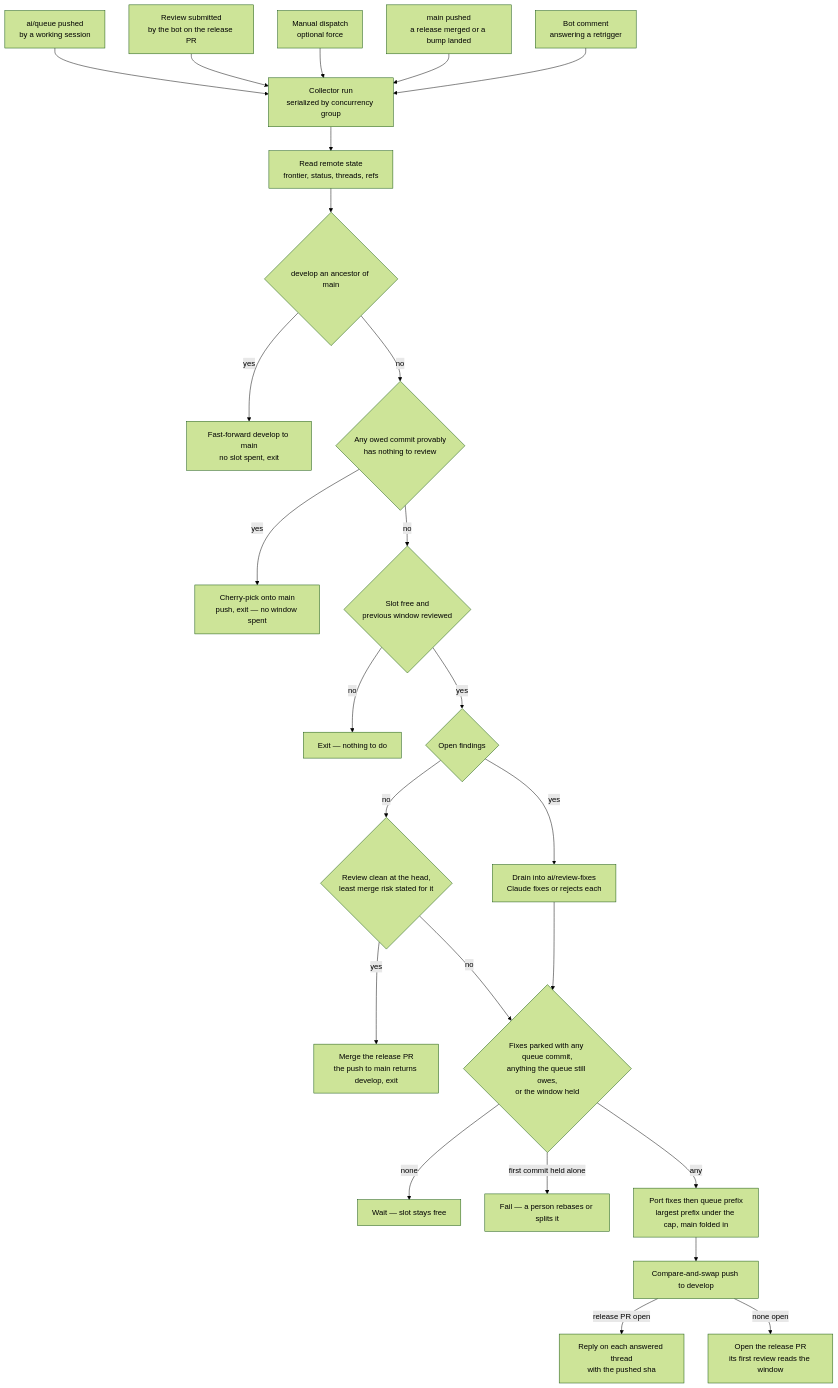
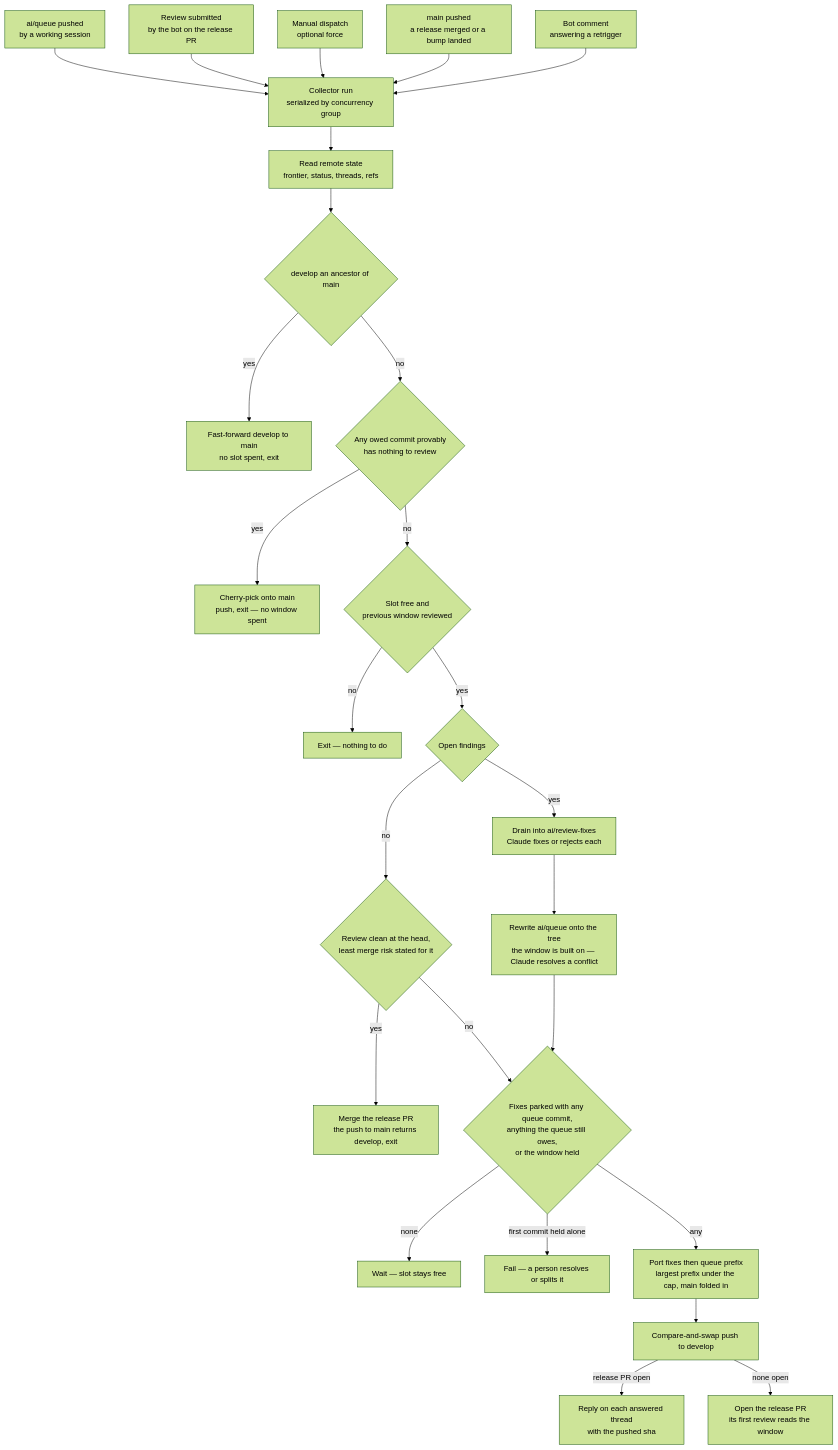
One commit to Esposter/Esposter changed the diagram in apps/web/content/docs/infra/review-collector/index.md. Above: the diagram before and after it, drawn with Mermaid (forest theme). The commit also changed other lines of this file and 30 other files, not shown here.

````diff
--- a/apps/web/content/docs/infra/review-collector/index.md
+++ b/apps/web/content/docs/infra/review-collector/index.md
@@ -26,27 +26,28 @@
 ```mermaid
 flowchart TD
   A[ai/queue pushed<br/>by a working session] --> C
   F[Review submitted<br/>by the bot on the release PR] --> C
   D[Manual dispatch<br/>optional force] --> C
   MN[main pushed<br/>a release merged or a bump landed] --> C
   CM[Bot comment<br/>answering a retrigger] --> C
   C[Collector run<br/>serialized by concurrency group] --> R[Read remote state<br/>frontier, status, threads, refs]
   R --> RS{develop an ancestor of main}
   RS -->|yes| FF[Fast-forward develop to main<br/>no slot spent, exit]
   RS -->|no| E{Any owed commit provably<br/>has nothing to review}
   E -->|yes| EX[Cherry-pick onto main<br/>push, exit — no window spent]
   E -->|no| G{Slot free and<br/>previous window reviewed}
   G -->|no| X[Exit — nothing to do]
   G -->|yes| O{Open findings}
   O -->|yes| DR[Drain into ai/review-fixes<br/>Claude fixes or rejects each]
   O -->|no| CL{Review clean at the head,<br/>least merge risk stated for it}
   CL -->|yes| MG[Merge the release PR<br/>the push to main returns develop, exit]
   CL -->|no| P
-  DR --> P{Fixes parked with any queue commit,<br/>anything the queue still owes,<br/>or the window held}
+  DR --> SY[Rewrite ai/queue onto the tree<br/>the window is built on — Claude resolves a conflict]
+  SY --> P{Fixes parked with any queue commit,<br/>anything the queue still owes,<br/>or the window held}
   P -->|none| PK[Wait — slot stays free]
-  P -->|first commit held alone| FL[Fail — a person rebases or splits it]
+  P -->|first commit held alone| FL[Fail — a person resolves or splits it]
   P -->|any| W[Port fixes then queue prefix<br/>largest prefix under the cap, main folded in]
   W --> PU[Compare-and-swap push to develop]
   PU -->|release PR open| RP[Reply on each answered thread<br/>with the pushed sha]
   PU -->|none open| OP[Open the release PR<br/>its first review reads the window]
 ```
````
